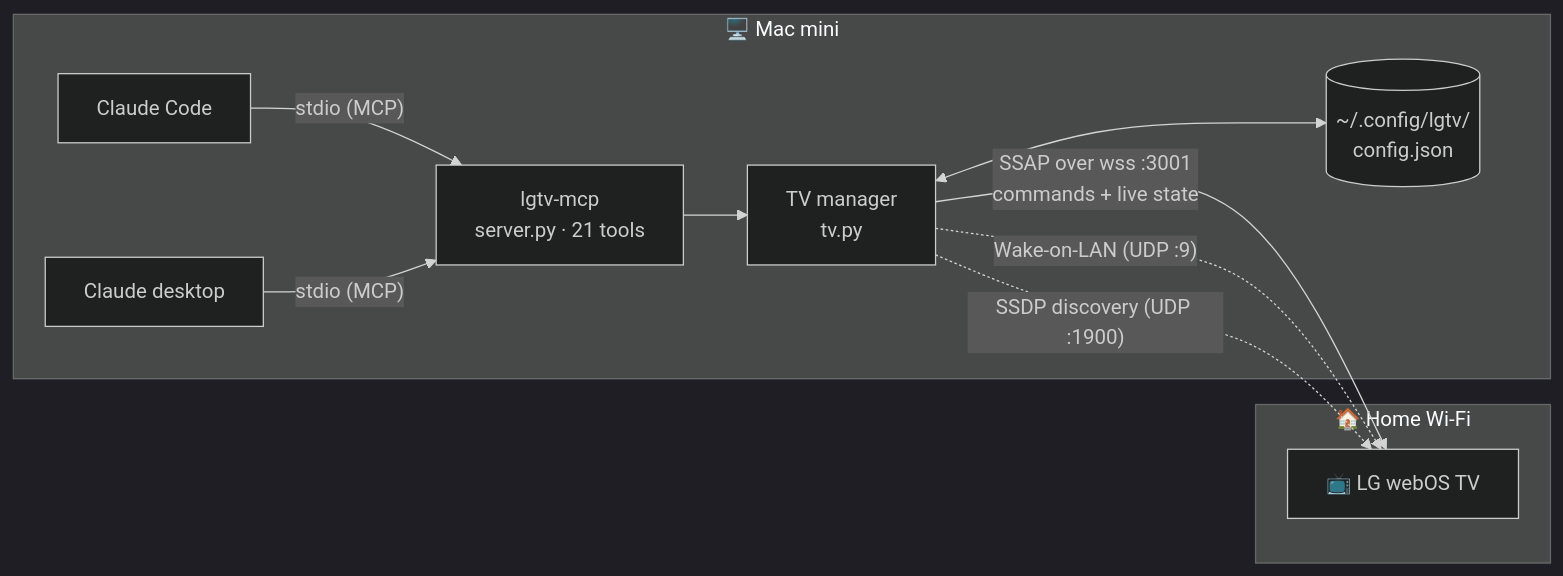
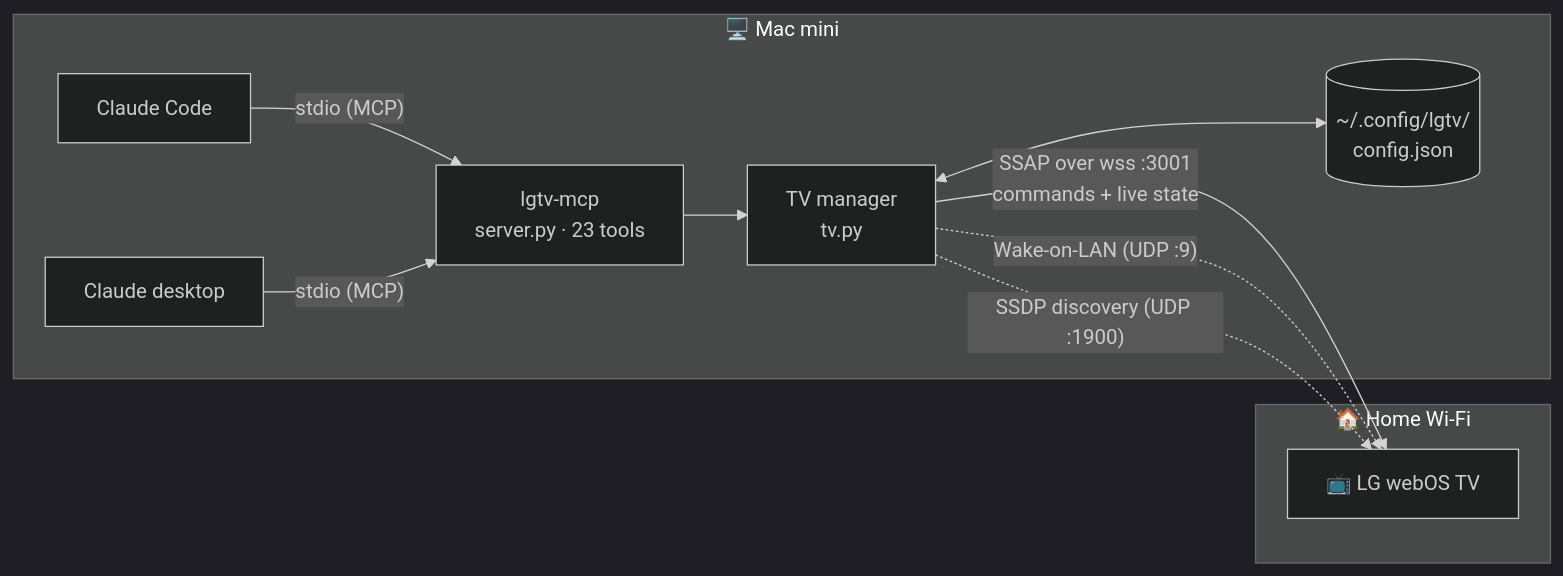
Before and after one commit to Laksh-star/lgtv-mcp: the first of 3 diagrams in README.md, drawn with Mermaid (dark theme). The commit also changed other lines of this file and 4 other files, not shown here.

````diff
--- a/README.md
+++ b/README.md
@@ -213,20 +254,20 @@
 ```mermaid
 flowchart LR
     subgraph Mac["🖥️ Mac mini"]
         CC["Claude Code"]
         CD["Claude desktop"]
-        S["lgtv-mcp<br/>server.py · 21 tools"]
+        S["lgtv-mcp<br/>server.py · 23 tools"]
         T["TV manager<br/>tv.py"]
         CFG[("~/.config/lgtv/<br/>config.json")]
         CC -- "stdio (MCP)" --> S
         CD -- "stdio (MCP)" --> S
         S --> T
         T <--> CFG
     end
     subgraph Home["🏠 Home Wi-Fi"]
         TV["📺 LG webOS TV"]
     end
     T -- "SSAP over wss :3001<br/>commands + live state" --> TV
     T -. "Wake-on-LAN (UDP :9)" .-> TV
     T -. "SSDP discovery (UDP :1900)" .-> TV
 ```
````
